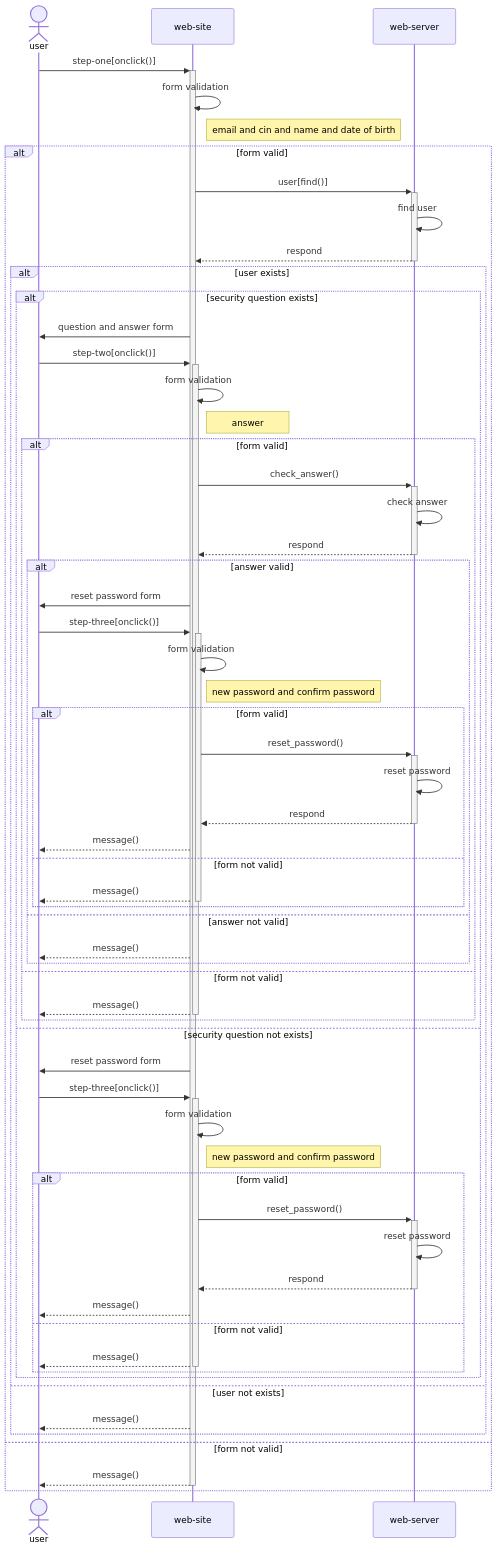
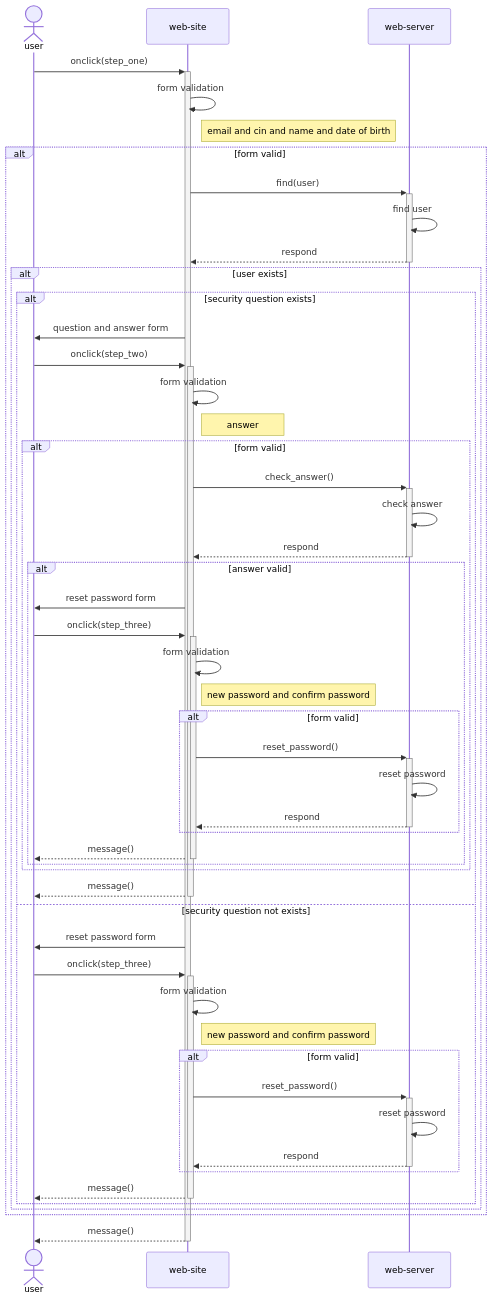
One commit to idlli/E-Campus changed the second of 2 diagrams in diagrams/reset-password.md. Above: the diagram before and after it, drawn with Mermaid.

````diff
--- a/diagrams/reset-password.md
+++ b/diagrams/reset-password.md
@@ -14,62 +14,52 @@
 ```mermaid
 sequenceDiagram
     actor user
     participant site as web-site
     participant server as web-server
-    user ->>+ site : step-one[onclick()]
+    user ->>+ site : onclick(step_one)
     site ->> site : form validation
     note right of site : email and cin and name and date of birth
     alt form valid
-        site ->>+ server : user[find()]
+        site ->>+ server : find(user)
         server ->> server : find user
         server -->>- site : respond
         alt user exists
             alt security question exists
                 site ->> user : question and answer form
-                user ->>+ site : step-two[onclick()]
+                user ->>+ site : onclick(step_two)
                 site ->> site : form validation
                 note right of site : answer
                 alt form valid
                     site ->>+ server : check_answer()
                     server ->> server : check answer
                     server -->>- site : respond
                     alt answer valid
                         site ->> user : reset password form
-                        user ->>+ site : step-three[onclick()]
+                        user ->>+ site : onclick(step_three)
                         site ->> site : form validation
                         note right of site : new password and confirm password
                         alt form valid
                             site ->>+ server : reset_password()
                             server ->> server : reset password
                             server -->>- site : respond
-                            site -->> user : message()
-                        else form not valid
-                            site -->>- user : message()
                         end
-                    else answer not valid
-                        site -->> user : message()
-                    end
-                else form not valid
-                    site -->>- user : message()
+                        site -->>- user : message()
+                    end 
                 end
+                site -->>- user : message()
             else security question not exists
                 site ->> user : reset password form
-                user ->>+ site : step-three[onclick()]
+                user ->>+ site : onclick(step_three)
                 site ->> site : form validation
                 note right of site : new password and confirm password
                 alt form valid
                     site ->>+ server : reset_password()
                     server ->> server : reset password
                     server -->>- site : respond
-                    site -->> user : message()
-                else form not valid
-                    site -->>- user : message()
                 end
+                site -->>- user : message()
             end
-        else user not exists
-            site -->> user : message()
-        end
-    else form not valid
-        site -->>- user : message()
+        end 
     end
+    site -->>- user : message()
 ```
````
